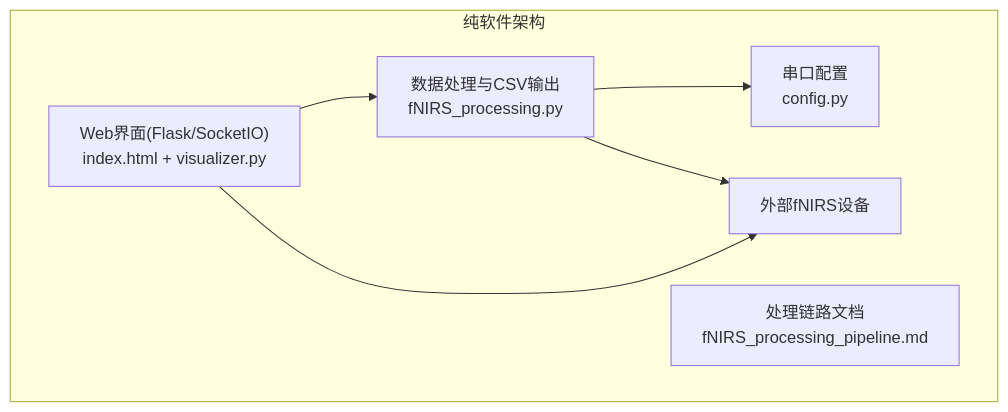
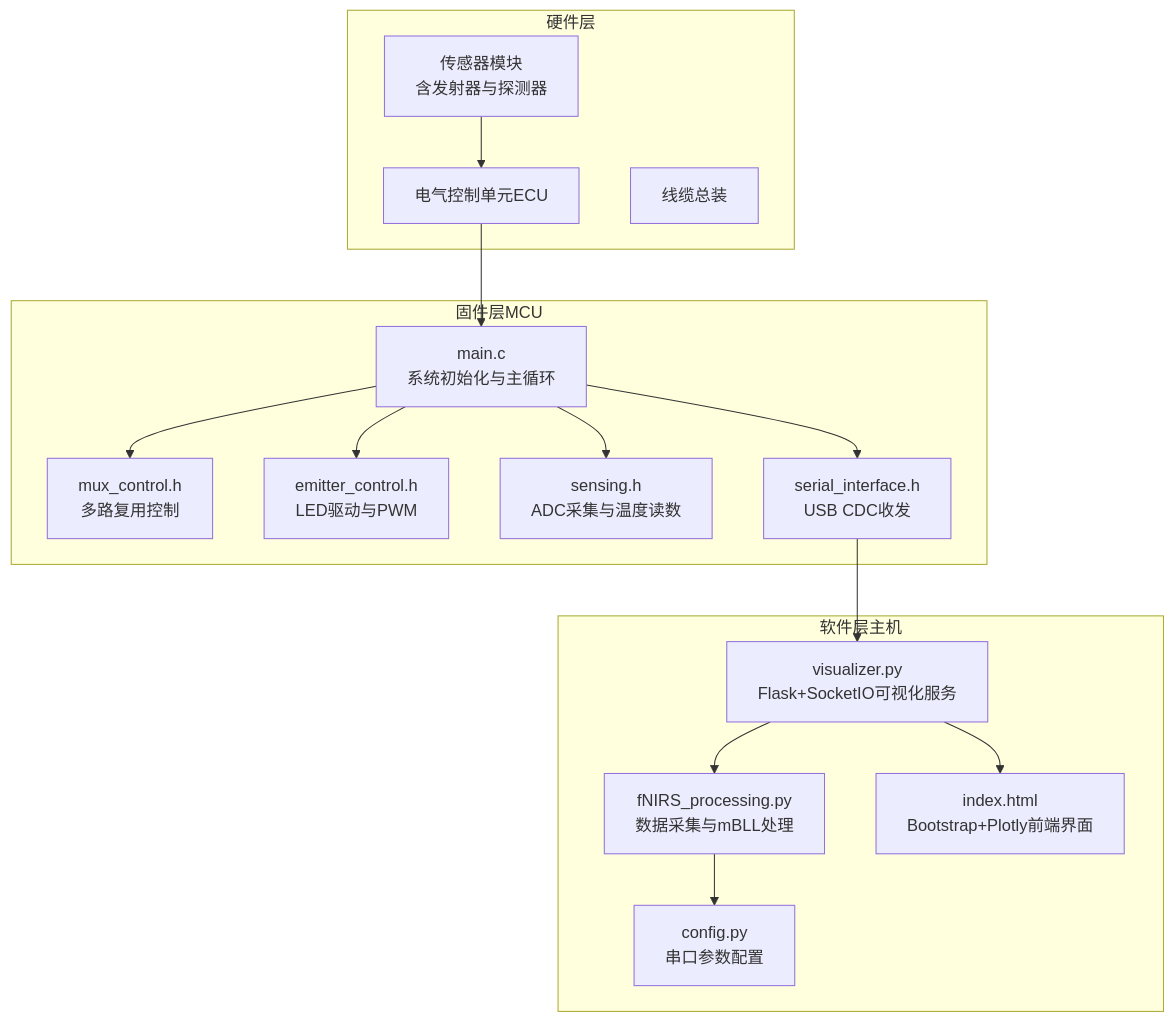
Before and after one commit to zhushizi/fNIRS-main: the first of 5 diagrams in .qoder/repowiki/zh/content/项目概述.md, drawn with Mermaid. The commit also changed other lines of this file and 84 other files, not shown here.

````diff
--- a/.qoder/repowiki/zh/content/项目概述.md
+++ b/.qoder/repowiki/zh/content/项目概述.md
@@ -56,14 +53,31 @@
 ```mermaid
 graph TB
-subgraph "纯软件架构"
-SW_GUI["Web界面(Flask/SocketIO)<br/>index.html + visualizer.py"]
-SW_Process["数据处理与CSV输出<br/>fNIRS_processing.py"]
-SW_Config["串口配置<br/>config.py"]
-SW_Pipeline["处理链路文档<br/>fNIRS_processing_pipeline.md"]
-END_DEVICE["外部fNIRS设备"]
+subgraph "硬件层"
+HW_Sensor["传感器模块<br/>含发射器与探测器"]
+HW_ECU["电气控制单元ECU"]
+HW_Cable["线缆总装"]
 end
-SW_GUI --> SW_Process
+subgraph "固件层MCU"
+FW_Main["main.c<br/>系统初始化与主循环"]
+FW_Mux["mux_control.h<br/>多路复用控制"]
+FW_Emitter["emitter_control.h<br/>LED驱动与PWM"]
+FW_Sensing["sensing.h<br/>ADC采集与温度读数"]
+FW_Serial["serial_interface.h<br/>USB CDC收发"]
+end
+subgraph "软件层主机"
+SW_Vis["visualizer.py<br/>Flask+SocketIO可视化服务"]
+SW_Process["fNIRS_processing.py<br/>数据采集与mBLL处理"]
+SW_UI["index.html<br/>Bootstrap+Plotly前端界面"]
+SW_Config["config.py<br/>串口参数配置"]
+end
+HW_Sensor --> HW_ECU
+HW_ECU --> FW_Main
+FW_Main --> FW_Mux
+FW_Main --> FW_Emitter
+FW_Main --> FW_Sensing
+FW_Main --> FW_Serial
+FW_Serial --> SW_Vis
+SW_Vis --> SW_UI
+SW_Vis --> SW_Process
 SW_Process --> SW_Config
-SW_Process --> END_DEVICE
-SW_GUI --> END_DEVICE
 ```
````
